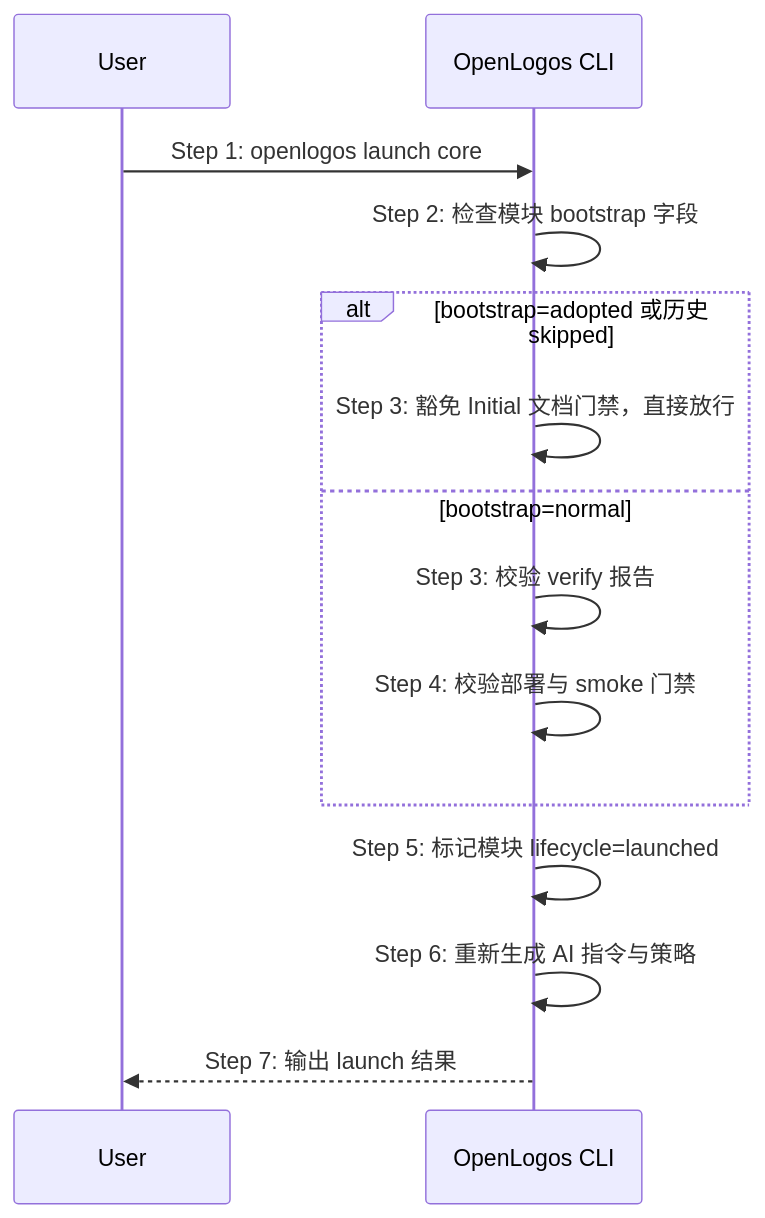
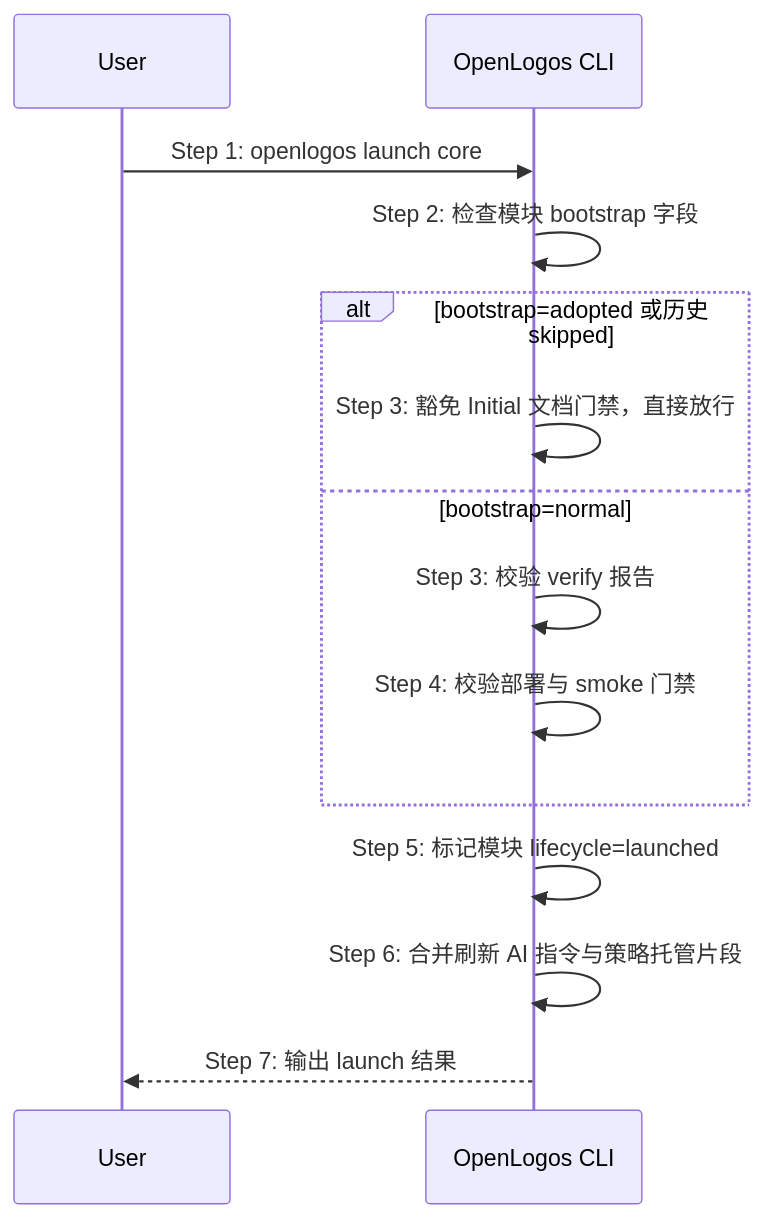
Before and after one commit to miniidealab/openlogos: the diagram in logos/resources/prd/3-technical-plan/2-scenario-implementation/core-S14-launch-lifecycle.md, drawn with Mermaid. The commit also changed other lines of this file and 12 other files, not shown here.

````diff
--- a/logos/resources/prd/3-technical-plan/2-scenario-implementation/core-S14-launch-lifecycle.md
+++ b/logos/resources/prd/3-technical-plan/2-scenario-implementation/core-S14-launch-lifecycle.md
@@ -3,17 +4,17 @@
 ```mermaid
 sequenceDiagram
     participant U as User
     participant C as OpenLogos CLI
 
     U->>C: Step 1: openlogos launch core
     C->>C: Step 2: 检查模块 bootstrap 字段
     alt bootstrap=adopted 或历史 skipped
         C->>C: Step 3: 豁免 Initial 文档门禁，直接放行
     else bootstrap=normal
         C->>C: Step 3: 校验 verify 报告
         C->>C: Step 4: 校验部署与 smoke 门禁
     end
     C->>C: Step 5: 标记模块 lifecycle=launched
-    C->>C: Step 6: 重新生成 AI 指令与策略
+    C->>C: Step 6: 合并刷新 AI 指令与策略托管片段
     C-->>U: Step 7: 输出 launch 结果
 ```
````
